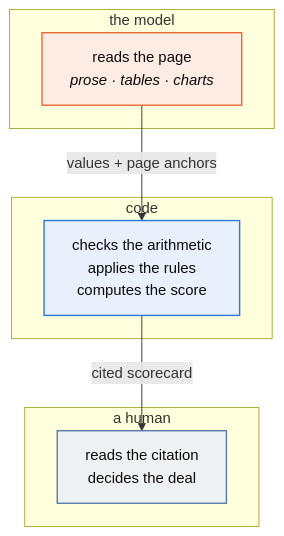
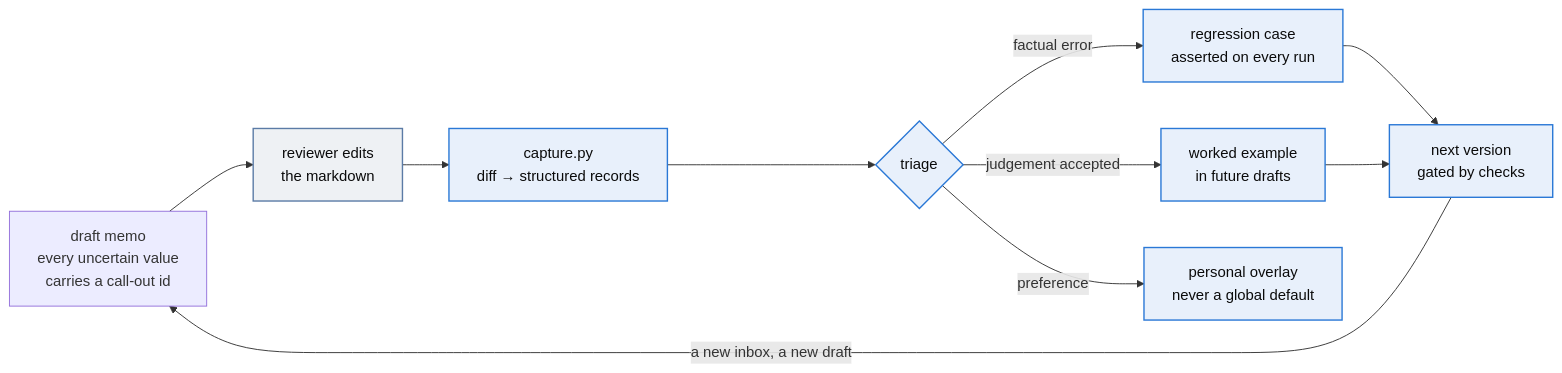
Before and after one commit to situhacks/deal-ready: the second of 2 diagrams in README.md, drawn with Mermaid. The commit also changed other lines of this file and 46 other files, not shown here.

````diff
--- a/README.md
+++ b/README.md
@@ -238,21 +103,17 @@
 ```mermaid
-flowchart TD
-    subgraph M["the model"]
-        A["reads the page<br/><i>prose · tables · charts</i>"]
-    end
-    subgraph C["code"]
-        B["checks the arithmetic<br/>applies the rules<br/>computes the score"]
-    end
-    subgraph H["a human"]
-        D["reads the citation<br/>decides the deal"]
-    end
-    A -->|"values + page anchors"| B
-    B -->|"cited scorecard"| D
+flowchart LR
+    D["draft memo<br/>every uncertain value<br/>carries a call-out id"] --> R["reviewer edits<br/>the markdown"]
+    R --> C["capture.py<br/>diff → structured records"]
+    C --> T{"triage"}
+    T -->|"factual error"| REG["regression case<br/>asserted on every run"]
+    T -->|"judgement accepted"| EX["worked example<br/>in future drafts"]
+    T -->|"preference"| OVL["personal overlay<br/>never a global default"]
+    REG --> NEXT["next version<br/>gated by checks"]
+    EX --> NEXT
+    NEXT -->|"a new inbox, a new draft"| D
 
-    classDef m fill:#fdece4,stroke:#eb6834,stroke-width:1.5px,color:#0b0b0b
-    classDef c fill:#e8f0fb,stroke:#2a78d6,stroke-width:1.5px,color:#0b0b0b
-    classDef h fill:#eef1f4,stroke:#5b7ba6,stroke-width:1.5px,color:#0b0b0b
-    class A m
-    class B c
-    class D h
+    classDef human fill:#eef1f4,stroke:#5b7ba6,stroke-width:1.5px,color:#0b0b0b
+    classDef code  fill:#e8f0fb,stroke:#2a78d6,stroke-width:1.5px,color:#0b0b0b
+    class R human
+    class C,T,REG,EX,OVL,NEXT code
 ```
````
